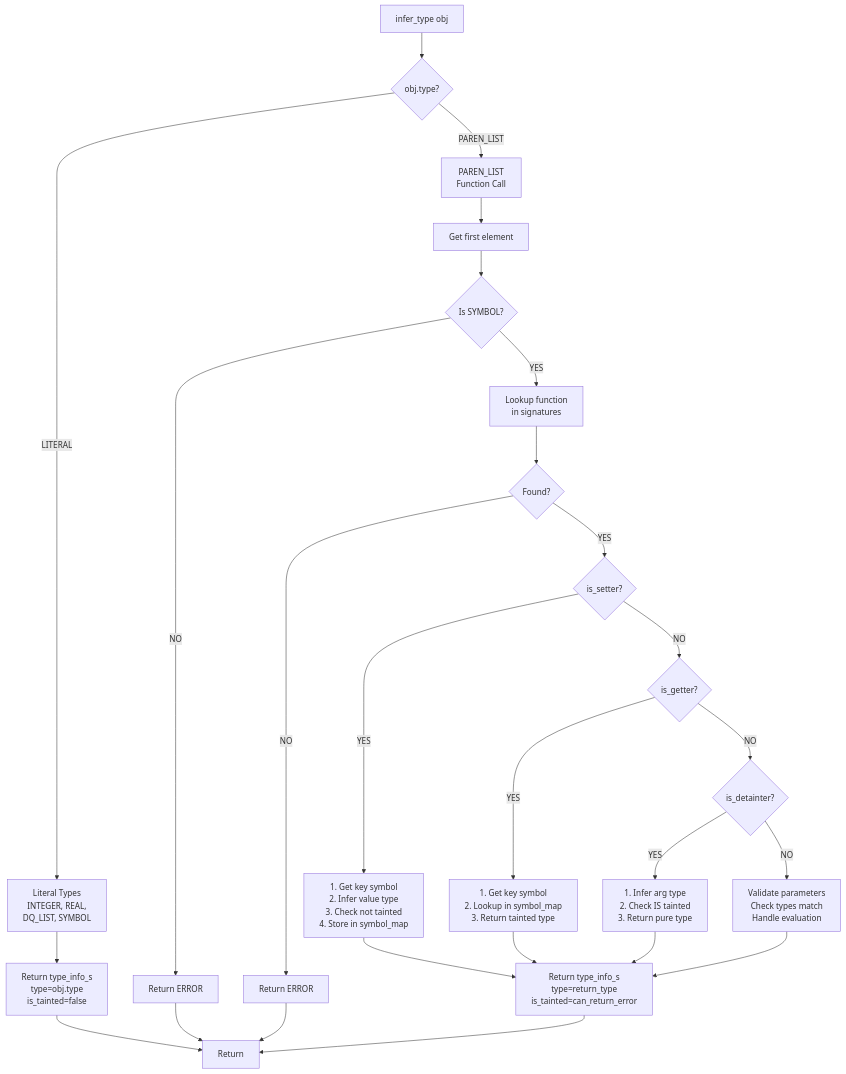
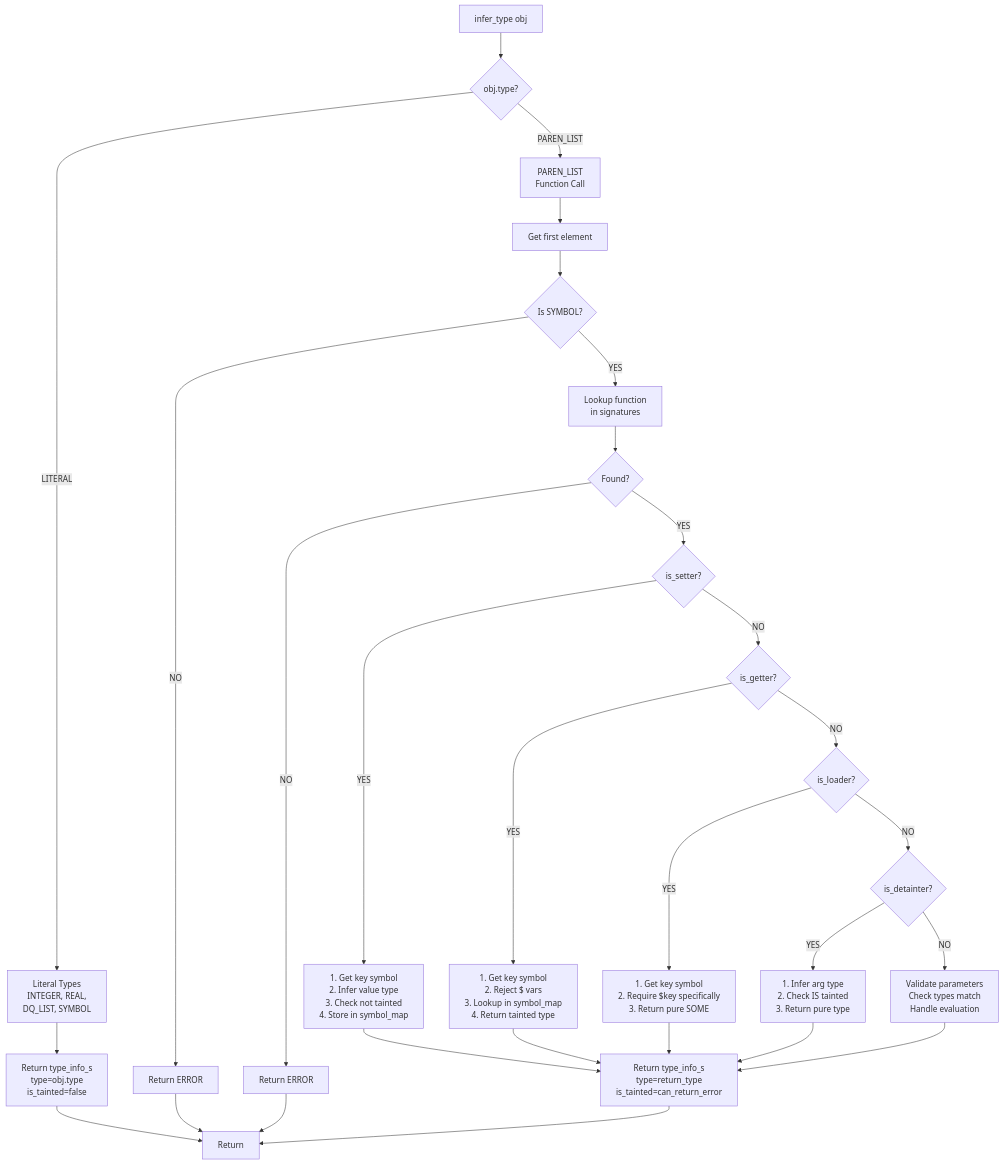
Before and after one commit to bosley/sxs: the sixth of 7 diagrams in pkg/ts/ts.md, drawn with Mermaid. The commit also changed other lines of this file and 12 other files, not shown here.

````diff
--- a/pkg/ts/ts.md
+++ b/pkg/ts/ts.md
@@ -225,64 +239,71 @@
 ```mermaid
 flowchart TD
     START[infer_type obj]
     
     SWITCH{obj.type?}
     
     LITERAL[Literal Types<br/>INTEGER, REAL,<br/>DQ_LIST, SYMBOL]
     RET_LITERAL[Return type_info_s<br/>type=obj.type<br/>is_tainted=false]
     
     PAREN[PAREN_LIST<br/>Function Call]
     
     GET_FIRST[Get first element]
     CHECK_SYM{Is SYMBOL?}
     ERR1[Return ERROR]
     
     LOOKUP[Lookup function<br/>in signatures]
     CHECK_EXISTS{Found?}
     ERR2[Return ERROR]
     
     CHECK_SETTER{is_setter?}
     SETTER_LOGIC[1. Get key symbol<br/>2. Infer value type<br/>3. Check not tainted<br/>4. Store in symbol_map]
     
     CHECK_GETTER{is_getter?}
-    GETTER_LOGIC[1. Get key symbol<br/>2. Lookup in symbol_map<br/>3. Return tainted type]
+    GETTER_LOGIC[1. Get key symbol<br/>2. Reject $ vars<br/>3. Lookup in symbol_map<br/>4. Return tainted type]
+    
+    CHECK_LOADER{is_loader?}
+    LOADER_LOGIC[1. Get key symbol<br/>2. Require $key specifically<br/>3. Return pure SOME]
     
     CHECK_DETAINT{is_detainter?}
     DETAINT_LOGIC[1. Infer arg type<br/>2. Check IS tainted<br/>3. Return pure type]
     
     VALIDATE_PARAMS[Validate parameters<br/>Check types match<br/>Handle evaluation]
     
     RET_FN[Return type_info_s<br/>type=return_type<br/>is_tainted=can_return_error]
     
     START --> SWITCH
     SWITCH -->|LITERAL| LITERAL
     LITERAL --> RET_LITERAL
     
     SWITCH -->|PAREN_LIST| PAREN
     PAREN --> GET_FIRST
     GET_FIRST --> CHECK_SYM
     CHECK_SYM -->|NO| ERR1
     CHECK_SYM -->|YES| LOOKUP
     LOOKUP --> CHECK_EXISTS
     CHECK_EXISTS -->|NO| ERR2
     
     CHECK_EXISTS -->|YES| CHECK_SETTER
     CHECK_SETTER -->|YES| SETTER_LOGIC
     CHECK_SETTER -->|NO| CHECK_GETTER
     
     CHECK_GETTER -->|YES| GETTER_LOGIC
-    CHECK_GETTER -->|NO| CHECK_DETAINT
+    CHECK_GETTER -->|NO| CHECK_LOADER
+    
+    CHECK_LOADER -->|YES| LOADER_LOGIC
+    CHECK_LOADER -->|NO| CHECK_DETAINT
     
     CHECK_DETAINT -->|YES| DETAINT_LOGIC
     CHECK_DETAINT -->|NO| VALIDATE_PARAMS
     
     SETTER_LOGIC --> RET_FN
     GETTER_LOGIC --> RET_FN
+    LOADER_LOGIC --> RET_FN
     DETAINT_LOGIC --> RET_FN
     VALIDATE_PARAMS --> RET_FN
     
     RET_LITERAL --> END[Return]
     ERR1 --> END
     ERR2 --> END
     RET_FN --> END
 ```
````
